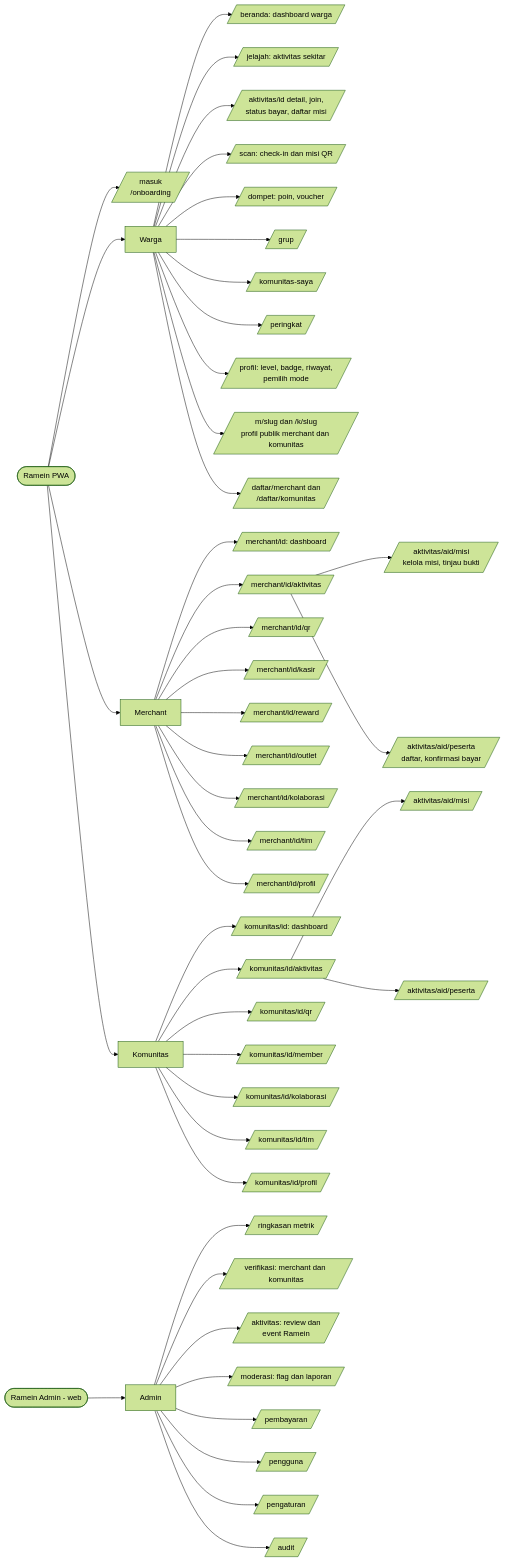
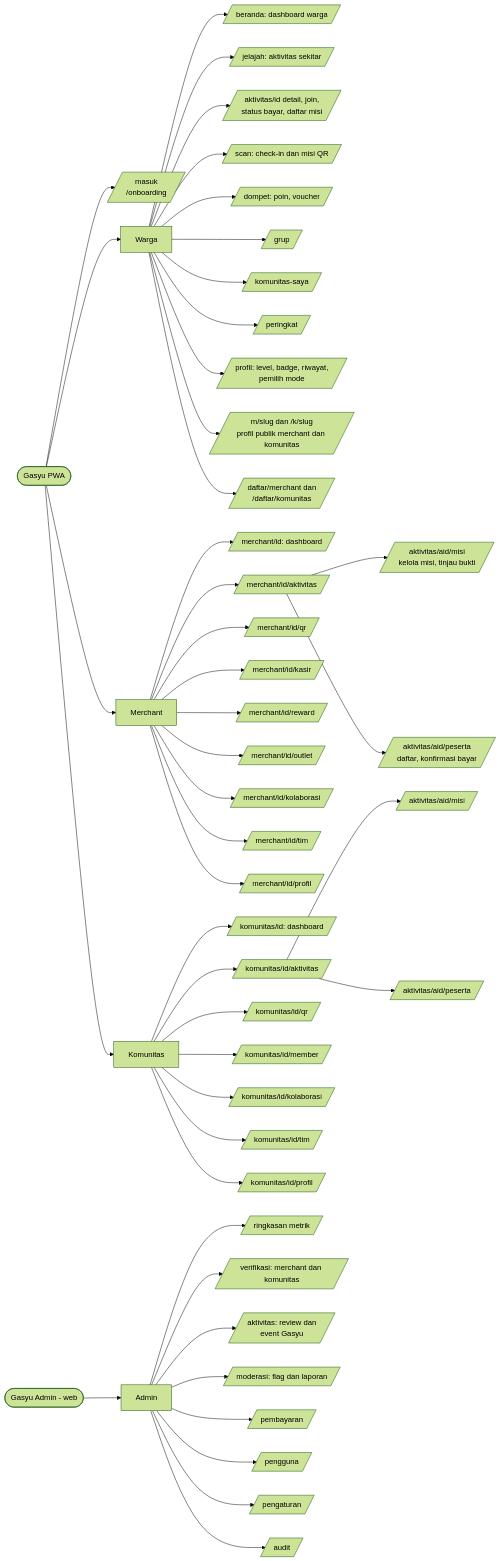
One commit to mirwanma/gasyu changed diagram 26 of 26 in docs/ALUR-SISTEM.md. Above: the diagram before and after it, drawn with Mermaid (forest theme). The commit also changed other lines of this file and 71 other files, not shown here.

First line of the commit message:
Ganti nama aplikasi dari Ramein menjadi Gasyu

````diff
--- a/docs/ALUR-SISTEM.md
+++ b/docs/ALUR-SISTEM.md
@@ -1129,51 +1129,51 @@
 ```mermaid
 flowchart LR
-    ROOT([Ramein PWA]) --> AUTH[/masuk<br/>/onboarding/]
+    ROOT([Gasyu PWA]) --> AUTH[/masuk<br/>/onboarding/]
     ROOT --> WG[Warga]
     ROOT --> MC[Merchant]
     ROOT --> KM[Komunitas]
-    ADM([Ramein Admin - web]) --> AD[Admin]
+    ADM([Gasyu Admin - web]) --> AD[Admin]
 
     WG --> W1[/beranda: dashboard warga/]
     WG --> W2[/jelajah: aktivitas sekitar/]
     WG --> W3[/aktivitas/id detail, join,<br/>status bayar, daftar misi/]
     WG --> W4[/scan: check-in dan misi QR/]
     WG --> W5[/dompet: poin, voucher/]
     WG --> W6[/grup/]
     WG --> W7[/komunitas-saya/]
     WG --> W8[/peringkat/]
     WG --> W9[/profil: level, badge, riwayat,<br/>pemilih mode/]
     WG --> W10[/m/slug dan /k/slug<br/>profil publik merchant dan komunitas/]
     WG --> W11[/daftar/merchant dan<br/>/daftar/komunitas/]
 
     MC --> M1[/merchant/id: dashboard/]
     MC --> M2[/merchant/id/aktivitas/]
     M2 --> M21[/aktivitas/aid/misi<br/>kelola misi, tinjau bukti/]
     M2 --> M22[/aktivitas/aid/peserta<br/>daftar, konfirmasi bayar/]
     MC --> M3[/merchant/id/qr/]
     MC --> M4[/merchant/id/kasir/]
     MC --> M5[/merchant/id/reward/]
     MC --> M6[/merchant/id/outlet/]
     MC --> M7[/merchant/id/kolaborasi/]
     MC --> M8[/merchant/id/tim/]
     MC --> M9[/merchant/id/profil/]
 
     KM --> K1[/komunitas/id: dashboard/]
     KM --> K2[/komunitas/id/aktivitas/]
     K2 --> K21[/aktivitas/aid/misi/]
     K2 --> K22[/aktivitas/aid/peserta/]
     KM --> K3[/komunitas/id/qr/]
     KM --> K4[/komunitas/id/member/]
     KM --> K5[/komunitas/id/kolaborasi/]
     KM --> K6[/komunitas/id/tim/]
     KM --> K7[/komunitas/id/profil/]
 
     AD --> A0[/ ringkasan metrik/]
     AD --> A1[/verifikasi: merchant dan komunitas/]
-    AD --> A2[/aktivitas: review dan<br/>event Ramein/]
+    AD --> A2[/aktivitas: review dan<br/>event Gasyu/]
     AD --> A3[/moderasi: flag dan laporan/]
     AD --> A4[/pembayaran/]
     AD --> A5[/pengguna/]
     AD --> A6[/pengaturan/]
     AD --> A7[/audit/]
 ```
````
